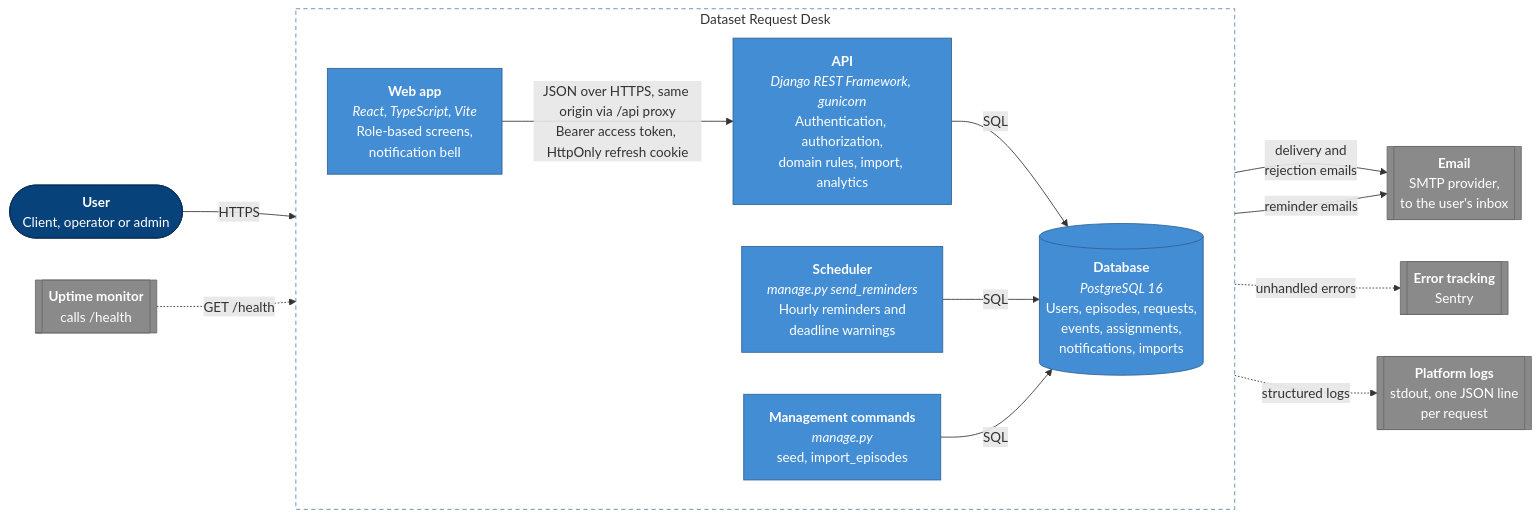
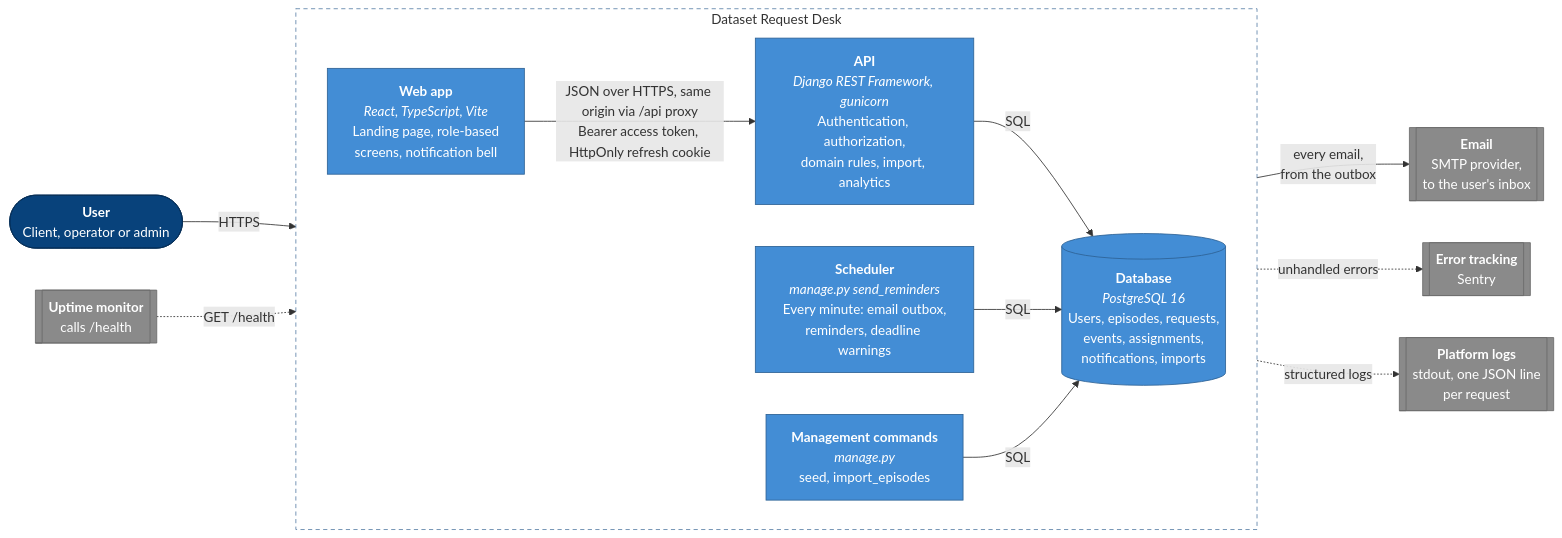
The second of 8 diagrams in docs/architecture.md (Michelle-anyika/dataset-request-desk), drawn with Mermaid before and after one commit. The commit also changed other lines of this file and 1 other file, not shown here.

First line of the commit message:
docs: update the architecture and add a printable export

````diff
--- a/docs/architecture.md
+++ b/docs/architecture.md
@@ -48,37 +49,36 @@
 ```mermaid
 flowchart LR
     user(["<b>User</b><br/>Client, operator or admin"])
 
     subgraph desk["Dataset Request Desk"]
         direction LR
-        web["<b>Web app</b><br/><i>React, TypeScript, Vite</i><br/>Role-based screens,<br/>notification bell"]
+        web["<b>Web app</b><br/><i>React, TypeScript, Vite</i><br/>Landing page, role-based<br/>screens, notification bell"]
         api["<b>API</b><br/><i>Django REST Framework, gunicorn</i><br/>Authentication, authorization,<br/>domain rules, import, analytics"]
-        scheduler["<b>Scheduler</b><br/><i>manage.py send_reminders</i><br/>Hourly reminders and<br/>deadline warnings"]
+        scheduler["<b>Scheduler</b><br/><i>manage.py send_reminders</i><br/>Every minute: email outbox,<br/>reminders, deadline warnings"]
         cli["<b>Management commands</b><br/><i>manage.py</i><br/>seed, import_episodes"]
         db[("<b>Database</b><br/><i>PostgreSQL 16</i><br/>Users, episodes, requests,<br/>events, assignments,<br/>notifications, imports")]
     end
 
     email[["<b>Email</b><br/>SMTP provider,<br/>to the user's inbox"]]
     sentry[["<b>Error tracking</b><br/>Sentry"]]
     logs[["<b>Platform logs</b><br/>stdout, one JSON line<br/>per request"]]
     uptime[["<b>Uptime monitor</b><br/>calls /health"]]
 
     user -- "HTTPS" --> web
     web -- "JSON over HTTPS, same origin via /api proxy<br/>Bearer access token, HttpOnly refresh cookie" --> api
     api -- "SQL" --> db
     scheduler -- "SQL" --> db
     cli -- "SQL" --> db
-    api -- "delivery and<br/>rejection emails" --> email
-    scheduler -- "reminder emails" --> email
+    scheduler -- "every email,<br/>from the outbox" --> email
     api -. "unhandled errors" .-> sentry
     api -. "structured logs" .-> logs
     uptime -. "GET /health" .-> api
 
     classDef person fill:#08427b,stroke:#052e56,color:#fff
     classDef container fill:#438dd5,stroke:#2e6295,color:#fff
     classDef external fill:#8a8a8a,stroke:#6b6b6b,color:#fff
     class user person
     class web,api,scheduler,cli,db container
     class email,sentry,logs,uptime external
     style desk fill:transparent,stroke:#5d82a8,stroke-width:1px,stroke-dasharray:5 4
 ```
````
